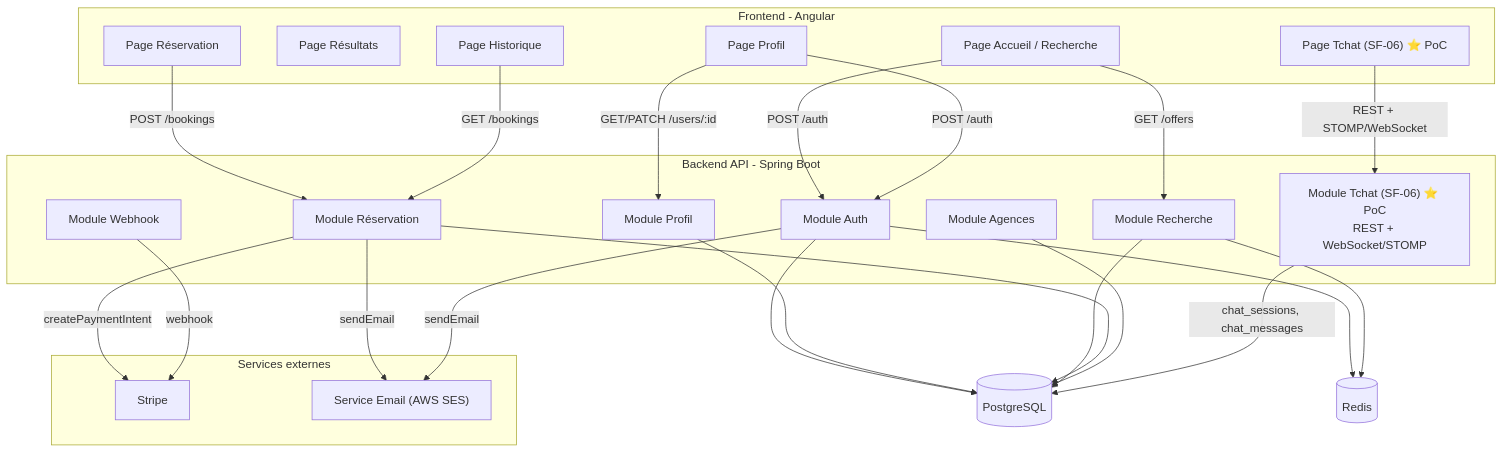
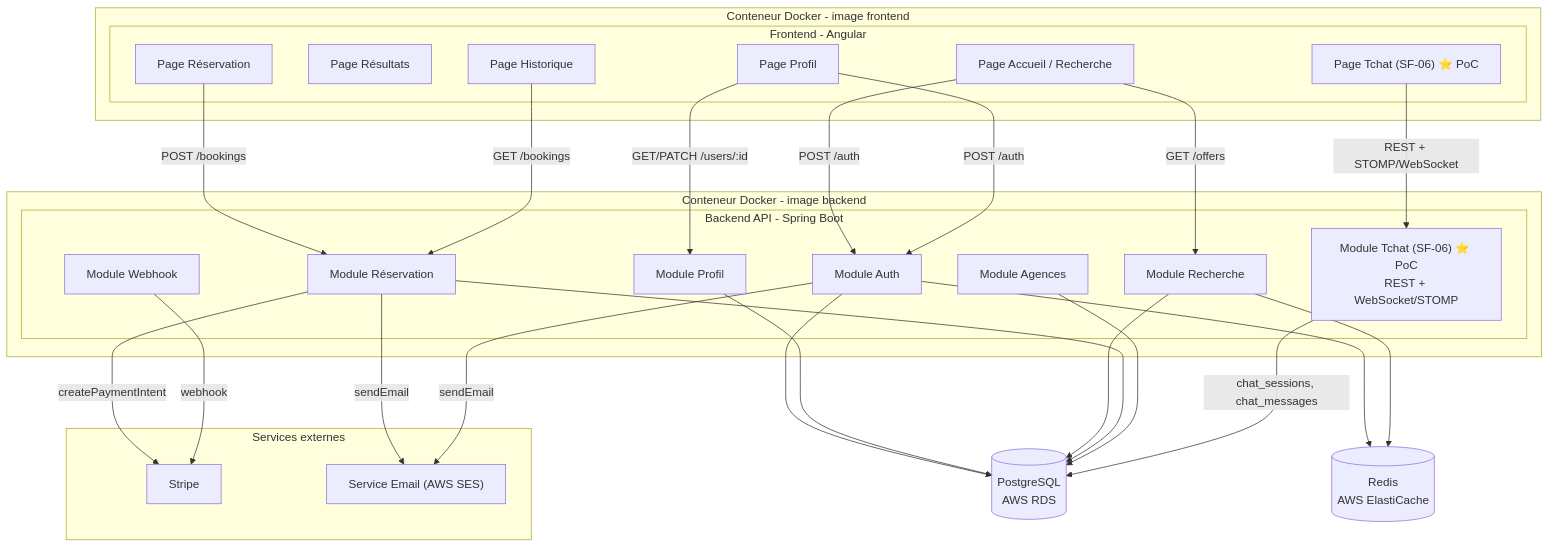
Before and after one commit to anthony-openclassroom/p10-yourcaryourway: the sixth of 10 diagrams in docs/architecture.md, drawn with Mermaid. The commit also changed other lines of this file, not shown here.

````diff
--- a/docs/architecture.md
+++ b/docs/architecture.md
@@ -288,44 +368,48 @@
 ```mermaid
 flowchart TB
-    subgraph FE ["Frontend - Angular"]
-        P1["Page Accueil / Recherche"]
-        P2["Page Résultats"]
-        P3["Page Réservation"]
-        P4["Page Profil"]
-        P5["Page Historique"]
-        P6["Page Tchat (SF-06) ⭐ PoC"]
+    subgraph DOCKER_FE ["Conteneur Docker - image frontend"]
+        subgraph FE ["Frontend - Angular"]
+            P1["Page Accueil / Recherche"]
+            P2["Page Résultats"]
+            P3["Page Réservation"]
+            P4["Page Profil"]
+            P5["Page Historique"]
+            P6["Page Tchat (SF-06) ⭐ PoC"]
+        end
     end
 
-    subgraph BE ["Backend API - Spring Boot"]
-        M1["Module Auth"]
-        M2["Module Profil"]
-        M3["Module Recherche"]
-        M4["Module Réservation"]
-        M5["Module Agences"]
-        M6["Module Webhook"]
-        M7["Module Tchat (SF-06) ⭐ PoC\nREST + WebSocket/STOMP"]
+    subgraph DOCKER_BE ["Conteneur Docker - image backend"]
+        subgraph BE ["Backend API - Spring Boot"]
+            M1["Module Auth"]
+            M2["Module Profil"]
+            M3["Module Recherche"]
+            M4["Module Réservation"]
+            M5["Module Agences"]
+            M6["Module Webhook"]
+            M7["Module Tchat (SF-06) ⭐ PoC\nREST + WebSocket/STOMP"]
+        end
     end
 
     subgraph EXT ["Services externes"]
         STRIPE["Stripe"]
         EMAIL["Service Email (AWS SES)"]
     end
 
-    DB[("PostgreSQL")]
-    CACHE[("Redis")]
+    DB[("PostgreSQL\nAWS RDS")]
+    CACHE[("Redis\nAWS ElastiCache")]
 
     P1 -->|"GET /offers"| M3
     P3 -->|"POST /bookings"| M4
     P4 -->|"GET/PATCH /users/:id"| M2
     P5 -->|"GET /bookings"| M4
     P1 & P4 -->|"POST /auth"| M1
     P6 -->|"REST + STOMP/WebSocket"| M7
 
     M4 -->|"createPaymentIntent"| STRIPE
     M6 -->|"webhook"| STRIPE
     M4 & M1 -->|"sendEmail"| EMAIL
 
     M1 & M2 & M3 & M4 & M5 --> DB
     M7 -->|"chat_sessions, chat_messages"| DB
     M1 & M3 --> CACHE
 ```
````
